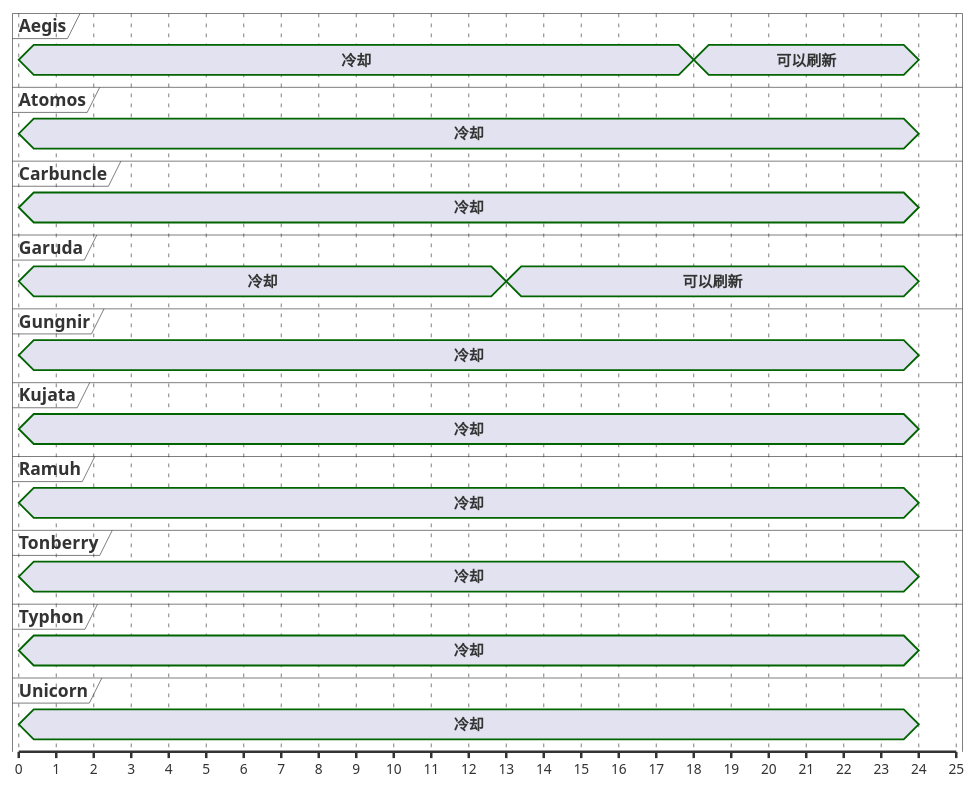
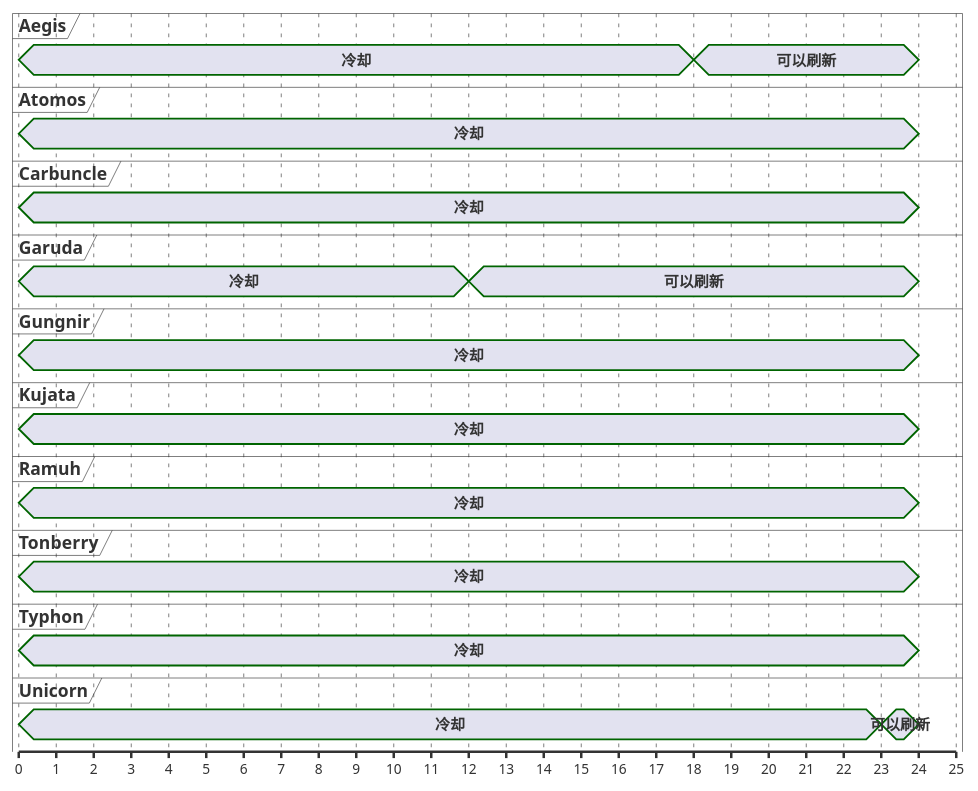
One commit to Eroleice/doc-pi changed the fifth of 13 diagrams in ffxiv/hunt/4.0/Orghana.md. Above: the diagram before and after it, drawn with PlantUML. The commit also changed other lines of this file and 38 other files, not shown here.

````diff
--- a/ffxiv/hunt/4.0/Orghana.md
+++ b/ffxiv/hunt/4.0/Orghana.md
@@ -213,59 +213,60 @@
 ```plantuml
 @startuml
 scale 1 as 30 pixels
 
 concise Aegis
 concise Atomos
 concise Carbuncle
 concise Garuda
 concise Gungnir
 concise Kujata
 concise Ramuh
 concise Tonberry
 concise Typhon
 concise Unicorn
 
 @Garuda
 0 is 冷却
-13 is 可以刷新
+12 is 可以刷新
 24 is {hidden}
 
 @Aegis
 0 is 冷却
 18 is 可以刷新
 24 is {hidden}
 
 @Unicorn
 0 is 冷却
+23 is 可以刷新
 24 is {hidden}
 
 @Kujata
 0 is 冷却
 24 is {hidden}
 
 @Ramuh
 0 is 冷却
 24 is {hidden}
 
 @Carbuncle
 0 is 冷却
 24 is {hidden}
 
 @Gungnir
 0 is 冷却
 24 is {hidden}
 
 @Typhon
 0 is 冷却
 24 is {hidden}
 
 @Atomos
 0 is 冷却
 24 is {hidden}
 
 @Tonberry
 0 is 冷却
 24 is {hidden}
 
 @enduml
 ```
````
